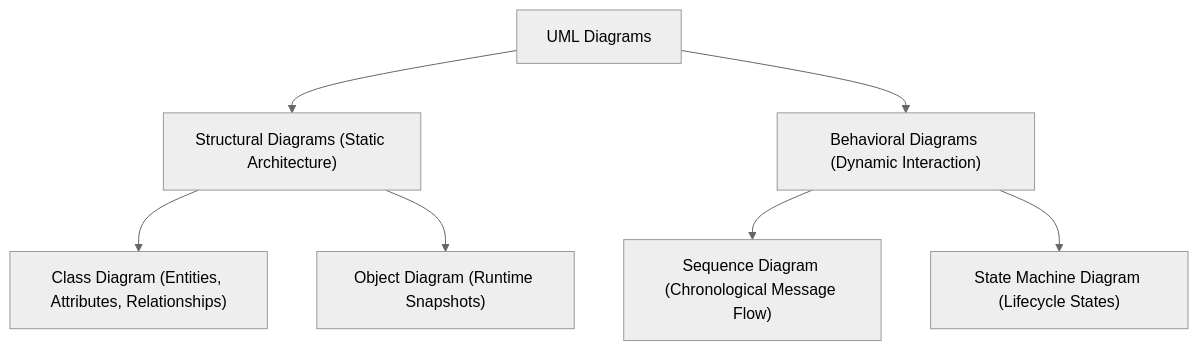
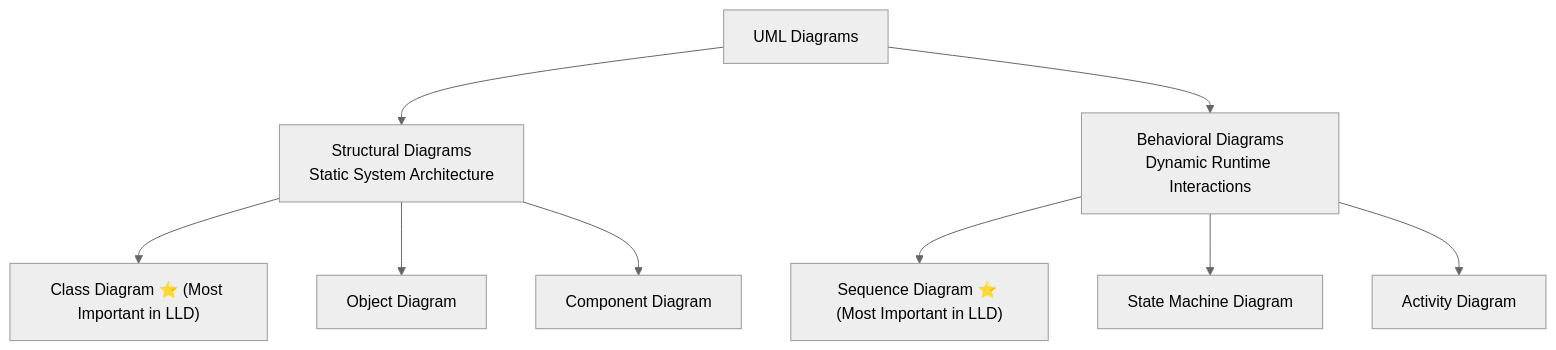
Before and after one commit to rohithgowda18/Notes: the first of 4 diagrams in 04-OOPs-and-Design-Patterns/01-Core-OOPs-and-UML/04-UML-Diagrams-Class-and-Sequence-Diagrams.md, drawn with Mermaid (neutral theme). The commit also changed other lines of this file and 17 other files, not shown here.

Commit message:
docs(lld): enrich notes with deep architectural analysis, diagrams, anti-patterns & code

````diff
--- a/04-OOPs-and-Design-Patterns/01-Core-OOPs-and-UML/04-UML-Diagrams-Class-and-Sequence-Diagrams.md
+++ b/04-OOPs-and-Design-Patterns/01-Core-OOPs-and-UML/04-UML-Diagrams-Class-and-Sequence-Diagrams.md
@@ -16,12 +13,13 @@
 ```mermaid
-flowchart TD
-    UML["UML Diagrams"]
-    UML --> Structural["Structural Diagrams (Static Architecture)"]
-    UML --> Behavioral["Behavioral Diagrams (Dynamic Interaction)"]
-
-    Structural --> ClassDiag["Class Diagram (Entities, Attributes, Relationships)"]
-    Structural --> ObjectDiag["Object Diagram (Runtime Snapshots)"]
-
-    Behavioral --> SeqDiag["Sequence Diagram (Chronological Message Flow)"]
-    Behavioral --> StateDiag["State Machine Diagram (Lifecycle States)"]
+graph TD
+    UML[UML Diagrams] --> Structural[Structural Diagrams<br/>Static System Architecture]
+    UML --> Behavioral[Behavioral Diagrams<br/>Dynamic Runtime Interactions]
+    
+    Structural --> ClassDiag["Class Diagram ⭐ (Most Important in LLD)"]
+    Structural --> ObjectDiag[Object Diagram]
+    Structural --> ComponentDiag[Component Diagram]
+    
+    Behavioral --> SeqDiag["Sequence Diagram ⭐ (Most Important in LLD)"]
+    Behavioral --> StateDiag[State Machine Diagram]
+    Behavioral --> ActivityDiag[Activity Diagram]
 ```
````
